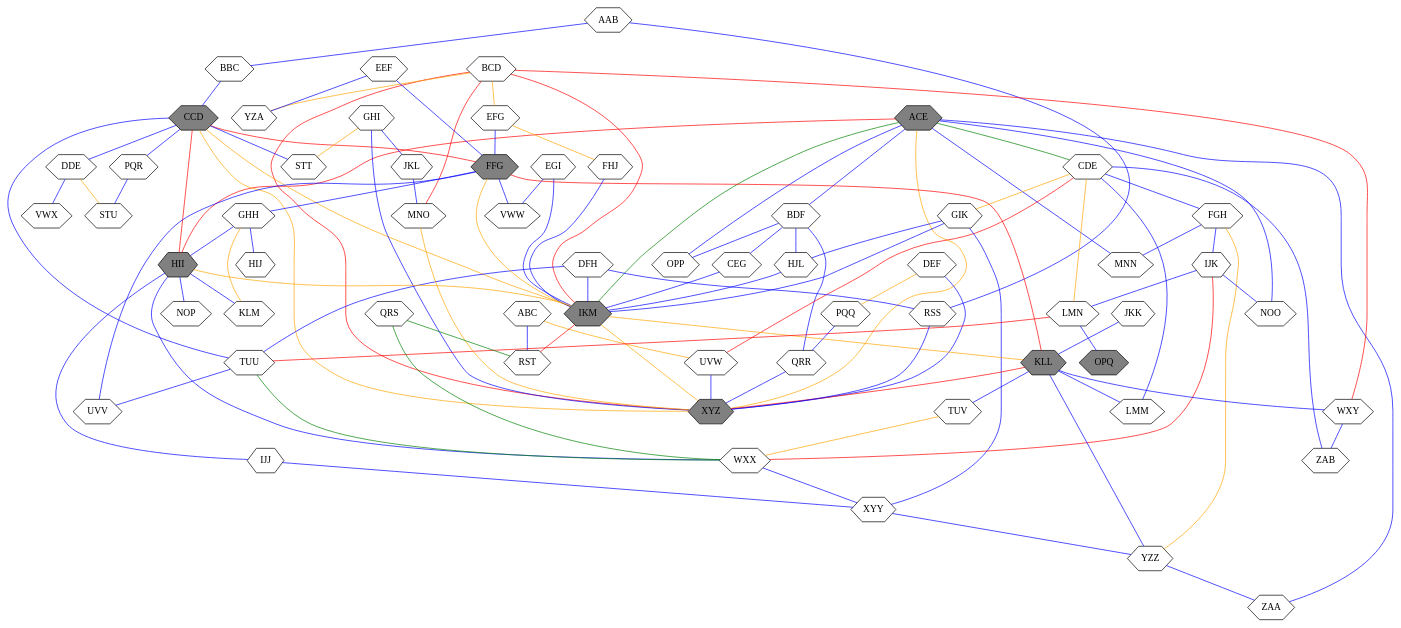
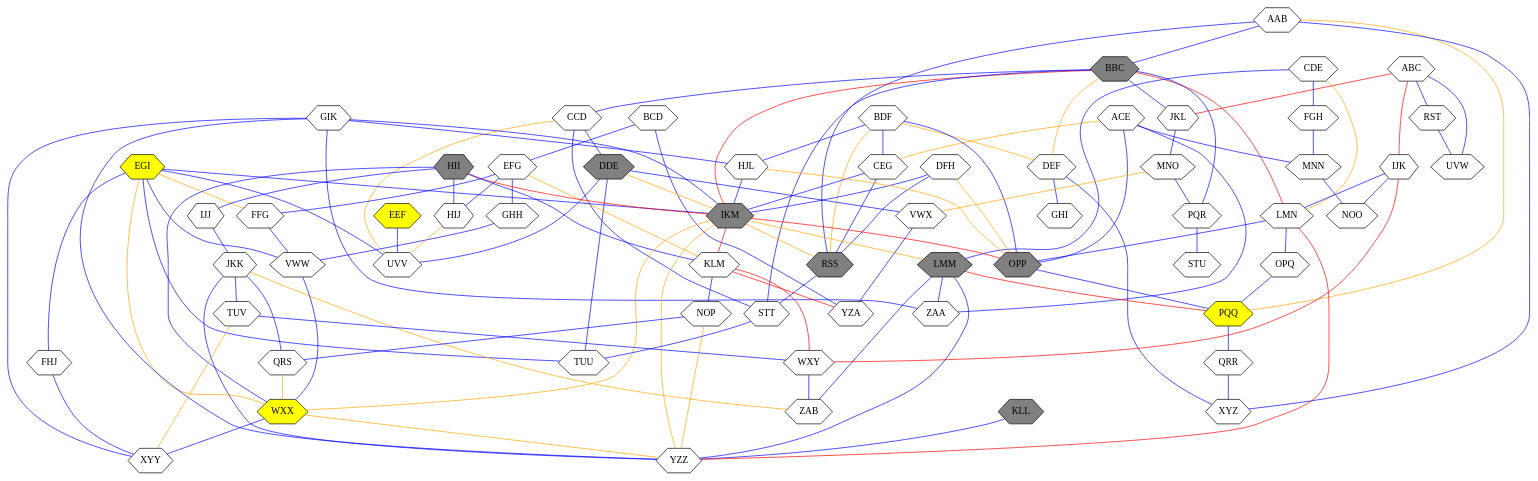
One commit to waveney/StarKingdoms changed the diagram in cache/Fullmap234234Hex.dot. Above: the diagram before and after it, drawn with Graphviz. The commit also changed 6 other files, not shown here.

```diff
--- a/cache/Fullmap234234Hex.dot
+++ b/cache/Fullmap234234Hex.dot
@@ -1,170 +1,182 @@
 graph {
-AAB [shape=hexagon pos="4,2!" ] ;
-ABC [shape=hexagon pos="1,1!" ] ;
-ACE [shape=hexagon pos="3,5!"  style=filled fillcolor=grey] ;
-BBC [shape=hexagon pos="5,2!" ] ;
-BCD [shape=hexagon pos="9,6!" ] ;
-BDF [shape=hexagon pos="3,4!" ] ;
-CCD [shape=hexagon pos="6,3!"  style=filled fillcolor=grey] ;
-CDE [shape=hexagon pos="3,7!" ] ;
-CEG [shape=hexagon pos="4,4!" ] ;
-DDE [shape=hexagon pos="7,4!" ] ;
-DEF [shape=hexagon pos="2,1!" ] ;
-DFH [shape=hexagon pos="5,4!" ] ;
-EEF [shape=hexagon pos="8,5!" ] ;
-EFG [shape=hexagon pos="9,7!" ] ;
-EGI [shape=hexagon pos="6,5!" ] ;
-FFG [shape=hexagon pos="8,6!"  style=filled fillcolor=grey] ;
-FGH [shape=hexagon pos="2,6!" ] ;
-FHJ [shape=hexagon pos="5,6!" ] ;
-GHH [shape=hexagon pos="8,7!" ] ;
-GHI [shape=hexagon pos="3,1!" ] ;
-GIK [shape=hexagon pos="5,6!" ] ;
-HII [shape=hexagon pos="8,8!"  style=filled fillcolor=grey] ;
-HIJ [shape=hexagon pos="9,8!" ] ;
-HJL [shape=hexagon pos="4,5!" ] ;
-IJJ [shape=hexagon pos="7,8!" ] ;
-IJK [shape=hexagon pos="1,5!" ] ;
-IKM [shape=hexagon pos="5,5!"  style=filled fillcolor=grey] ;
-JKK [shape=hexagon pos="6,8!" ] ;
-JKL [shape=hexagon pos="4,1!" ] ;
-KLL [shape=hexagon pos="7,8!"  style=filled fillcolor=grey] ;
-KLM [shape=hexagon pos="9,9!" ] ;
-LMM [shape=hexagon pos="4,7!" ] ;
-LMN [shape=hexagon pos="1,4!" ] ;
-MNN [shape=hexagon pos="3,6!" ] ;
-MNO [shape=hexagon pos="5,1!" ] ;
-NOO [shape=hexagon pos="2,5!" ] ;
-NOP [shape=hexagon pos="8,9!" ] ;
-OPP [shape=hexagon pos="2,4!" ] ;
-OPQ [shape=hexagon pos="1,3!"  style=filled fillcolor=grey] ;
-PQQ [shape=hexagon pos="2,3!" ] ;
-PQR [shape=hexagon pos="6,2!" ] ;
-QRR [shape=hexagon pos="3,3!" ] ;
-QRS [shape=hexagon pos="7,9!" ] ;
-RSS [shape=hexagon pos="4,3!" ] ;
-RST [shape=hexagon pos="1,2!" ] ;
-STT [shape=hexagon pos="5,3!" ] ;
-STU [shape=hexagon pos="7,3!" ] ;
-TUU [shape=hexagon pos="6,4!" ] ;
-TUV [shape=hexagon pos="6,9!" ] ;
-UVV [shape=hexagon pos="7,5!" ] ;
-UVW [shape=hexagon pos="2,2!" ] ;
-VWW [shape=hexagon pos="7,6!" ] ;
-VWX [shape=hexagon pos="8,4!" ] ;
-WXX [shape=hexagon pos="7,7!" ] ;
-WXY [shape=hexagon pos="5,9!" ] ;
-XYY [shape=hexagon pos="6,7!" ] ;
-XYZ [shape=hexagon pos="3,2!"  style=filled fillcolor=grey] ;
-YZA [shape=hexagon pos="9,5!" ] ;
-YZZ [shape=hexagon pos="5,7!" ] ;
-ZAA [shape=hexagon pos="4,6!" ] ;
-ZAB [shape=hexagon pos="4,8!" ] ;
+AAB [shape=hexagon pos="5.5,7!" ] ;
+ABC [shape=hexagon pos="3,8!" ] ;
+ACE [shape=hexagon pos="3,4!" ] ;
+BBC [shape=hexagon pos="6.5,7!"  style=filled fillcolor=grey] ;
+BCD [shape=hexagon pos="8.5,3!" ] ;
+BDF [shape=hexagon pos="3.5,5!" ] ;
+CCD [shape=hexagon pos="7,6!" ] ;
+CDE [shape=hexagon pos="2,2!" ] ;
+CEG [shape=hexagon pos="4.5,5!" ] ;
+DDE [shape=hexagon pos="7.5,5!"  style=filled fillcolor=grey] ;
+DEF [shape=hexagon pos="4,8!" ] ;
+DFH [shape=hexagon pos="5.5,5!" ] ;
+EEF [shape=hexagon pos="8,4!"  style=filled fillcolor=yellow] ;
+EFG [shape=hexagon pos="8,2!" ] ;
+EGI [shape=hexagon pos="6,4!"  style=filled fillcolor=yellow] ;
+FFG [shape=hexagon pos="7.5,3!" ] ;
+FGH [shape=hexagon pos="1.5,3!" ] ;
+FHJ [shape=hexagon pos="5.5,3!" ] ;
+GHH [shape=hexagon pos="7,2!" ] ;
+GHI [shape=hexagon pos="5,8!" ] ;
+GIK [shape=hexagon pos="4.5,3!" ] ;
+HII [shape=hexagon pos="6.5,1!"  style=filled fillcolor=grey] ;
+HIJ [shape=hexagon pos="7.5,1!" ] ;
+HJL [shape=hexagon pos="4,4!" ] ;
+IJJ [shape=hexagon pos="5.5,1!" ] ;
+IJK [shape=hexagon pos="1,4!" ] ;
+IKM [shape=hexagon pos="5,4!"  style=filled fillcolor=grey] ;
+JKK [shape=hexagon pos="4.5,1!" ] ;
+JKL [shape=hexagon pos="6,8!" ] ;
+KLL [shape=hexagon pos="3.5,1!"  style=filled fillcolor=grey] ;
+KLM [shape=hexagon pos="7,0!" ] ;
+LMM [shape=hexagon pos="3,2!"  style=filled fillcolor=grey] ;
+LMN [shape=hexagon pos="1.5,5!" ] ;
+MNN [shape=hexagon pos="2.5,3!" ] ;
+MNO [shape=hexagon pos="7,8!" ] ;
+NOO [shape=hexagon pos="2,4!" ] ;
+NOP [shape=hexagon pos="6,0!" ] ;
+OPP [shape=hexagon pos="2.5,5!"  style=filled fillcolor=grey] ;
+OPQ [shape=hexagon pos="2,6!" ] ;
+PQQ [shape=hexagon pos="3,6!"  style=filled fillcolor=yellow] ;
+PQR [shape=hexagon pos="7.5,7!" ] ;
+QRR [shape=hexagon pos="4,6!" ] ;
+QRS [shape=hexagon pos="5,0!" ] ;
+RSS [shape=hexagon pos="5,6!"  style=filled fillcolor=grey] ;
+RST [shape=hexagon pos="2.5,7!" ] ;
+STT [shape=hexagon pos="6,6!" ] ;
+STU [shape=hexagon pos="8,6!" ] ;
+TUU [shape=hexagon pos="6.5,5!" ] ;
+TUV [shape=hexagon pos="4,0!" ] ;
+UVV [shape=hexagon pos="7,4!" ] ;
+UVW [shape=hexagon pos="3.5,7!" ] ;
+VWW [shape=hexagon pos="6.5,3!" ] ;
+VWX [shape=hexagon pos="8.5,5!" ] ;
+WXX [shape=hexagon pos="6,2!"  style=filled fillcolor=yellow] ;
+WXY [shape=hexagon pos="3,0!" ] ;
+XYY [shape=hexagon pos="5,2!" ] ;
+XYZ [shape=hexagon pos="4.5,7!" ] ;
+YZA [shape=hexagon pos="9,4!" ] ;
+YZZ [shape=hexagon pos="4,2!" ] ;
+ZAA [shape=hexagon pos="3.5,3!" ] ;
+ZAB [shape=hexagon pos="2.5,1!" ] ;
+AAB -- XYZ [color=Blue];
+AAB -- RSS [color=Blue];
 AAB -- BBC [color=Blue];
-AAB -- RSS [color=Blue];
+AAB -- PQQ [color=Orange];
+ABC -- UVW [color=Blue];
 ABC -- RST [color=Blue];
-ABC -- UVW [color=Orange];
+ABC -- JKL [color=Red];
+ABC -- IJK [color=Red];
 ACE -- OPP [color=Blue];
-ACE -- BDF [color=Blue];
 ACE -- ZAA [color=Blue];
 ACE -- MNN [color=Blue];
-ACE -- NOO [color=Blue];
-ACE -- XYZ [color=Orange];
-ACE -- HII [color=Red];
-ACE -- CDE [color=Green];
-ACE -- IKM [color=Green];
+ACE -- CEG [color=Orange];
+BBC -- JKL [color=Blue];
+BBC -- PQR [color=Blue];
 BBC -- CCD [color=Blue];
-BCD -- YZA [color=Orange];
-BCD -- EFG [color=Orange];
-BCD -- MNO [color=Red];
-BCD -- XYZ [color=Red];
-BCD -- IKM [color=Red];
-BCD -- WXY [color=Red];
-BDF -- QRR [color=Blue];
+BBC -- STT [color=Blue];
+BBC -- DEF [color=Orange];
+BBC -- IKM [color=Red];
+BBC -- LMN [color=Red];
+BCD -- YZA [color=Blue];
+BCD -- EFG [color=Blue];
+BDF -- OPP [color=Blue];
+BDF -- HJL [color=Blue];
 BDF -- CEG [color=Blue];
-BDF -- HJL [color=Blue];
-BDF -- OPP [color=Blue];
-CCD -- PQR [color=Blue];
+BDF -- DEF [color=Orange];
+BDF -- RSS [color=Orange];
 CCD -- DDE [color=Blue];
-CCD -- TUU [color=Blue];
 CCD -- STT [color=Blue];
-CCD -- IKM [color=Orange];
-CCD -- XYZ [color=Orange];
-CCD -- FFG [color=Red];
-CCD -- HII [color=Red];
+CCD -- UVV [color=Orange];
 CDE -- FGH [color=Blue];
 CDE -- LMM [color=Blue];
-CDE -- ZAB [color=Blue];
 CDE -- LMN [color=Orange];
-CDE -- GIK [color=Orange];
-CDE -- UVW [color=Red];
+CEG -- RSS [color=Blue];
 CEG -- IKM [color=Blue];
+DDE -- TUU [color=Blue];
 DDE -- VWX [color=Blue];
-DDE -- STU [color=Orange];
+DDE -- UVV [color=Blue];
+DDE -- IKM [color=Orange];
+DEF -- GHI [color=Blue];
 DEF -- XYZ [color=Blue];
-DEF -- PQQ [color=Orange];
 DFH -- RSS [color=Blue];
-DFH -- TUU [color=Blue];
 DFH -- IKM [color=Blue];
-EEF -- YZA [color=Blue];
-EEF -- FFG [color=Blue];
+DFH -- OPP [color=Orange];
+EEF -- UVV [color=Blue];
+EFG -- HIJ [color=Blue];
+EFG -- GHH [color=Blue];
 EFG -- FFG [color=Blue];
-EFG -- FHJ [color=Orange];
+EFG -- KLM [color=Orange];
+EGI -- TUU [color=Blue];
+EGI -- VWW [color=Blue];
 EGI -- IKM [color=Blue];
-EGI -- VWW [color=Blue];
-FFG -- UVV [color=Blue];
-FFG -- GHH [color=Blue];
+EGI -- FHJ [color=Blue];
+EGI -- UVV [color=Blue];
+EGI -- FFG [color=Orange];
+EGI -- WXX [color=Orange];
 FFG -- VWW [color=Blue];
-FFG -- IKM [color=Orange];
-FFG -- KLL [color=Red];
-FGH -- IJK [color=Blue];
 FGH -- MNN [color=Blue];
-FGH -- YZZ [color=Orange];
-FHJ -- IKM [color=Blue];
-GHH -- HII [color=Blue];
-GHH -- HIJ [color=Blue];
-GHH -- KLM [color=Orange];
-GHI -- XYZ [color=Blue];
-GHI -- JKL [color=Blue];
-GHI -- STT [color=Orange];
+FHJ -- XYY [color=Blue];
+GHH -- VWW [color=Blue];
+GIK -- HJL [color=Blue];
 GIK -- IKM [color=Blue];
-GIK -- HJL [color=Blue];
 GIK -- XYY [color=Blue];
+GIK -- YZZ [color=Blue];
+GIK -- ZAA [color=Blue];
 HII -- WXX [color=Blue];
+HII -- HIJ [color=Blue];
 HII -- KLM [color=Blue];
-HII -- NOP [color=Blue];
 HII -- IJJ [color=Blue];
-HII -- IKM [color=Orange];
+HII -- IKM [color=Red];
+HIJ -- UVV [color=Orange];
 HJL -- IKM [color=Blue];
-IJJ -- XYY [color=Blue];
+HJL -- OPP [color=Orange];
+IJJ -- JKK [color=Blue];
 IJK -- LMN [color=Blue];
 IJK -- NOO [color=Blue];
-IJK -- WXX [color=Red];
-IKM -- XYZ [color=Orange];
-IKM -- KLL [color=Orange];
-IKM -- RST [color=Red];
-JKK -- KLL [color=Blue];
+IJK -- WXY [color=Red];
+IKM -- RSS [color=Orange];
+IKM -- WXX [color=Orange];
+IKM -- LMM [color=Orange];
+IKM -- YZZ [color=Orange];
+IKM -- OPP [color=Red];
+IKM -- KLM [color=Red];
+JKK -- YZZ [color=Blue];
+JKK -- TUV [color=Blue];
+JKK -- QRS [color=Blue];
+JKK -- ZAB [color=Orange];
 JKL -- MNO [color=Blue];
-KLL -- LMM [color=Blue];
 KLL -- YZZ [color=Blue];
-KLL -- TUV [color=Blue];
-KLL -- WXY [color=Blue];
-KLL -- XYZ [color=Red];
+KLM -- NOP [color=Blue];
+KLM -- WXY [color=Red];
+KLM -- YZA [color=Red];
+LMM -- ZAA [color=Blue];
+LMM -- YZZ [color=Blue];
+LMM -- ZAB [color=Blue];
+LMM -- PQQ [color=Red];
 LMN -- OPQ [color=Blue];
-LMN -- TUU [color=Red];
-MNO -- XYZ [color=Orange];
+LMN -- OPP [color=Blue];
+LMN -- YZZ [color=Red];
+MNN -- NOO [color=Blue];
+MNO -- PQR [color=Blue];
+MNO -- VWX [color=Orange];
+NOP -- QRS [color=Blue];
+NOP -- YZZ [color=Orange];
+OPP -- PQQ [color=Blue];
+OPQ -- PQQ [color=Blue];
 PQQ -- QRR [color=Blue];
 PQR -- STU [color=Blue];
 QRR -- XYZ [color=Blue];
-QRS -- WXX [color=Green];
-QRS -- RST [color=Green];
-RSS -- XYZ [color=Blue];
-TUU -- UVV [color=Blue];
-TUU -- WXX [color=Green];
-TUV -- WXX [color=Orange];
-UVW -- XYZ [color=Blue];
+QRS -- WXX [color=Orange];
+RSS -- STT [color=Blue];
+RST -- UVW [color=Blue];
+STT -- TUU [color=Blue];
+TUV -- WXY [color=Blue];
+TUV -- XYY [color=Orange];
+VWW -- WXX [color=Blue];
+VWX -- YZA [color=Blue];
 WXX -- XYY [color=Blue];
+WXX -- YZZ [color=Orange];
 WXY -- ZAB [color=Blue];
-XYY -- YZZ [color=Blue];
-YZZ -- ZAA [color=Blue];
 }
```
